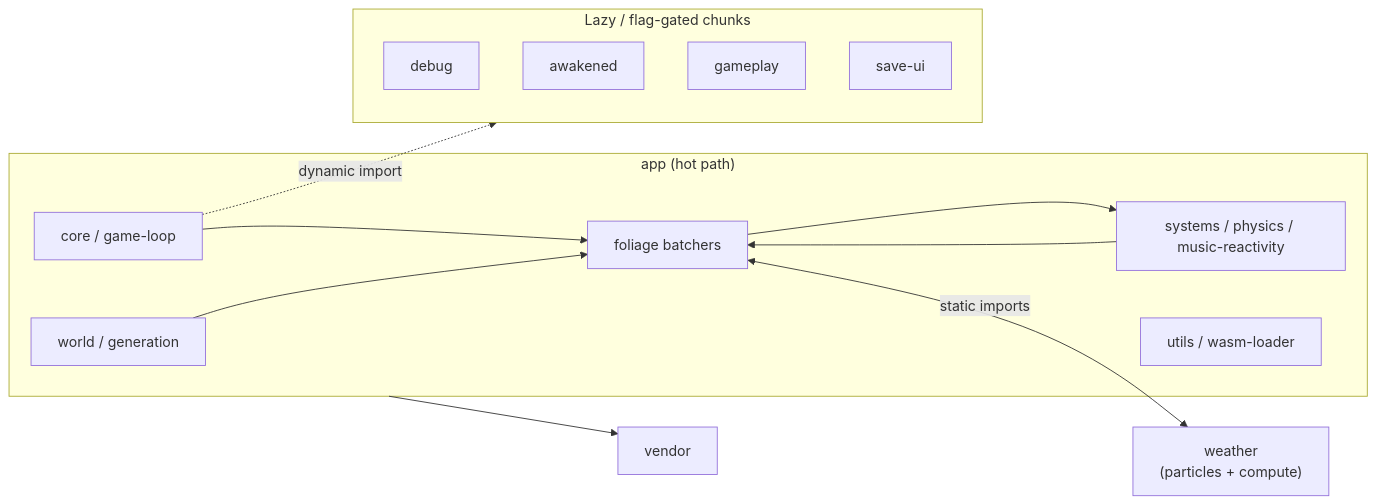
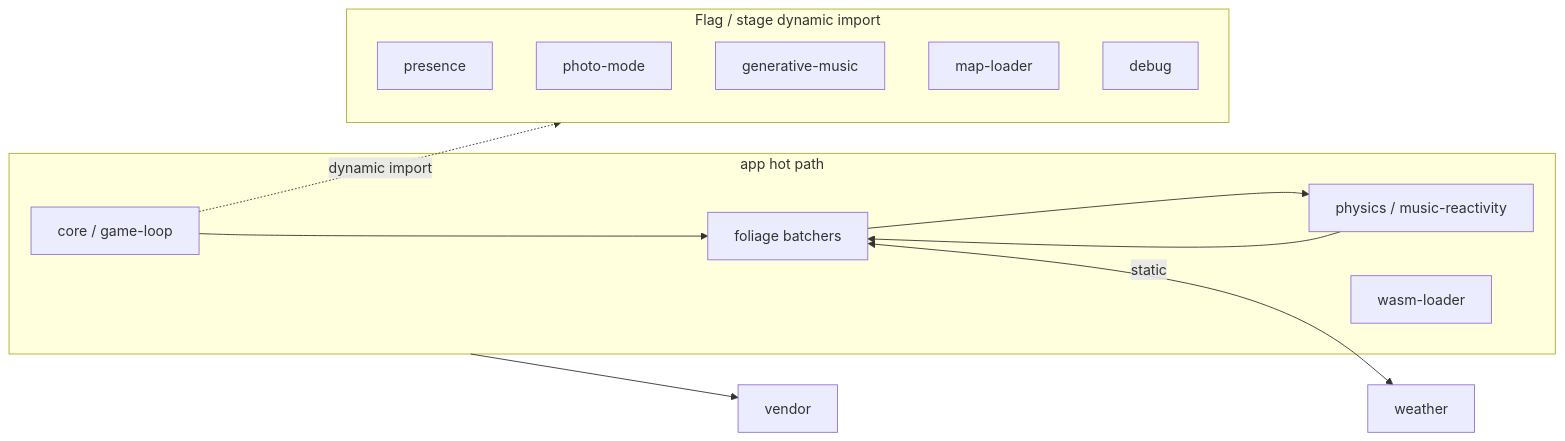
Before and after one commit to ford442/candy_world: the diagram in docs/APP_CHUNK_SPLIT.md, drawn with Mermaid. The commit also changed other lines of this file and 57 other files, not shown here.

````diff
--- a/docs/APP_CHUNK_SPLIT.md
+++ b/docs/APP_CHUNK_SPLIT.md
@@ -66,26 +65,25 @@
 ```mermaid
 flowchart LR
-  subgraph app_chunk["app (hot path)"]
+  subgraph app_chunk["app hot path"]
     core["core / game-loop"]
     foliage["foliage batchers"]
-    systems["systems / physics / music-reactivity"]
-    world["world / generation"]
-    utils["utils / wasm-loader"]
+    systems["physics / music-reactivity"]
+    utils["wasm-loader"]
   end
-  subgraph lazy_chunks["Lazy / flag-gated chunks"]
+  subgraph async_chunks["Flag / stage dynamic import"]
+    presence["presence"]
+    photo["photo-mode"]
+    gen["generative-music"]
+    mapLoader["map-loader"]
     debug["debug"]
-    awakened["awakened"]
-    gameplay["gameplay"]
-    save["save-ui"]
   end
-  weather["weather\n(particles + compute)"]
+  weather["weather"]
   vendor["vendor"]
 
   core --> foliage
   foliage --> systems
   systems --> foliage
-  world --> foliage
-  core -.->|dynamic import| lazy_chunks
-  foliage <-->|static imports| weather
+  core -.->|dynamic import| async_chunks
+  foliage <-->|static| weather
   app_chunk --> vendor
 ```
````
